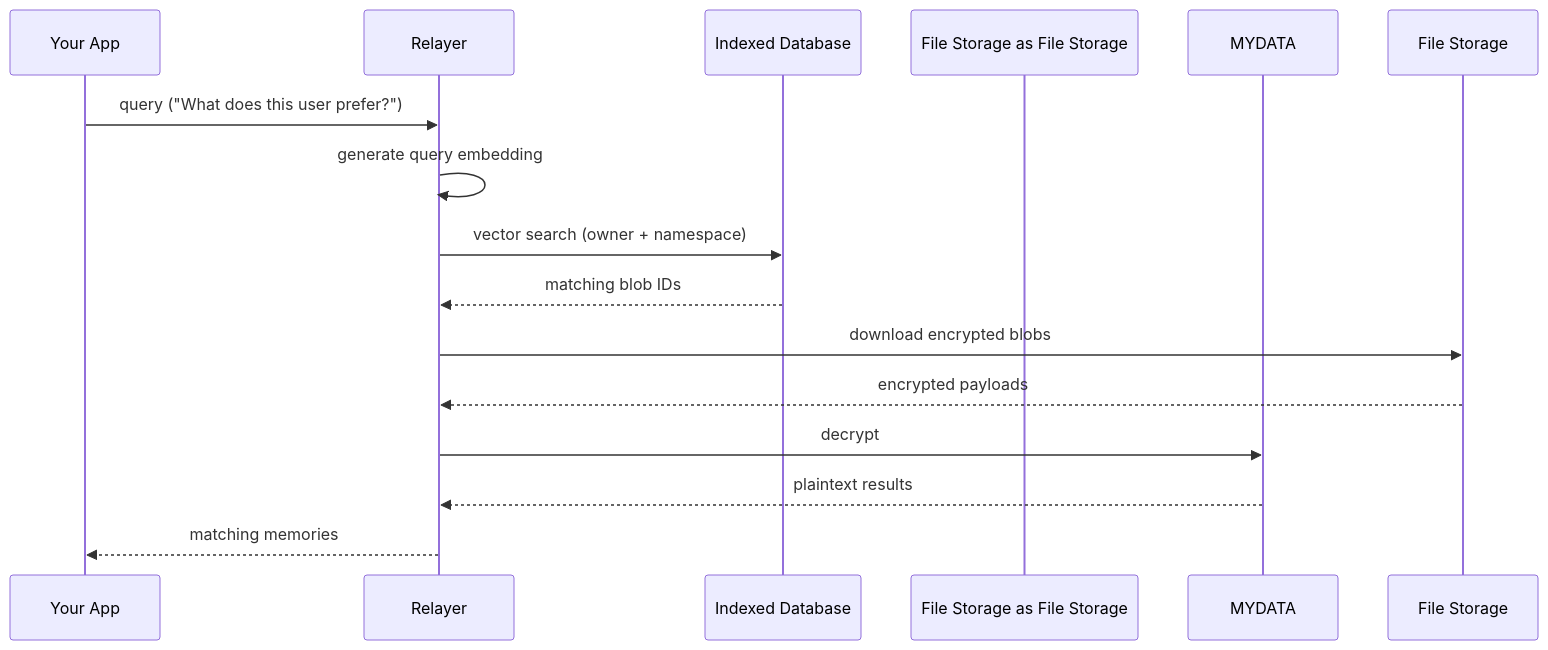
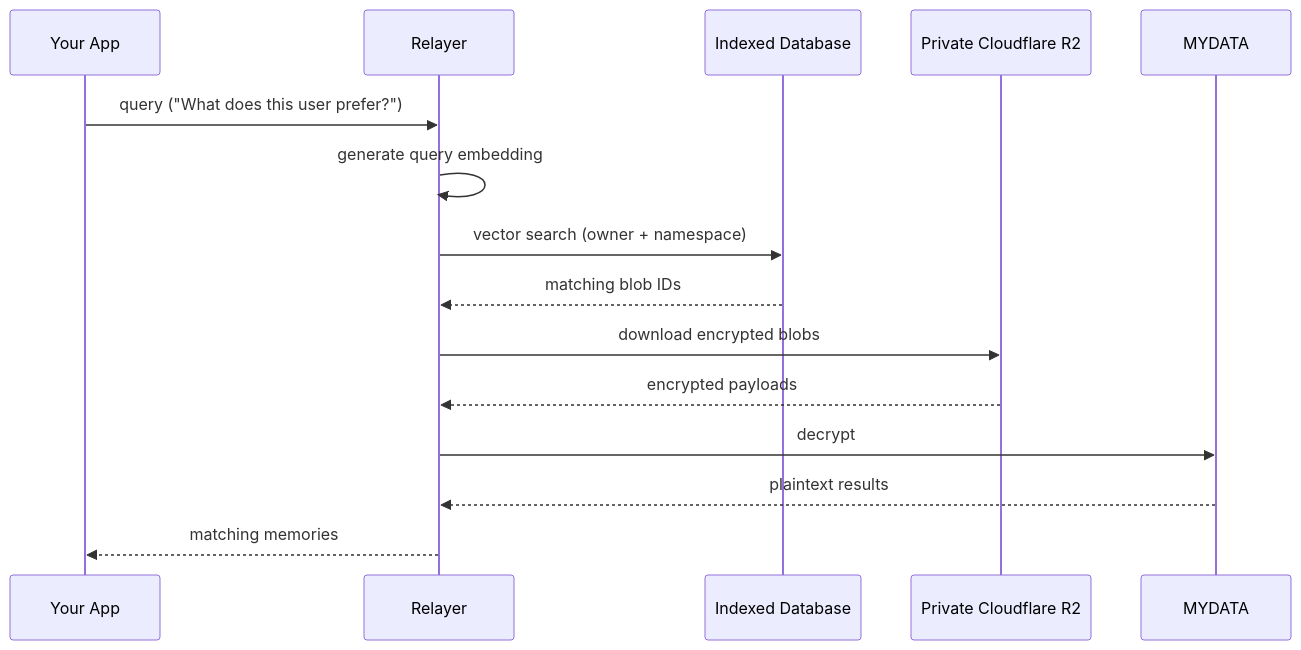
Before and after one commit to The-Social-Proof-Foundation/myso-memory: the second of 3 diagrams in docs/fundamentals/architecture/how-storage-works.md, drawn with Mermaid. The commit also changed other lines of this file and 272 other files, not shown here.

Commit message:
MAJOR upgrade adding the remaining gaps to the mcp server and other needed functions for agents flow

````diff
--- a/docs/fundamentals/architecture/how-storage-works.md
+++ b/docs/fundamentals/architecture/how-storage-works.md
@@ -56,18 +56,18 @@
 ```mermaid
 sequenceDiagram
     participant App as Your App
     participant Relayer as Relayer
     participant DB as Indexed Database
-    participant File Storage as File Storage
+    participant R2 as Private Cloudflare R2
     participant MYDATA as MYDATA
 
     App->>Relayer: query ("What does this user prefer?")
     Relayer->>Relayer: generate query embedding
     Relayer->>DB: vector search (owner + namespace)
     DB-->>Relayer: matching blob IDs
-    Relayer->>File Storage: download encrypted blobs
-    File Storage-->>Relayer: encrypted payloads
+    Relayer->>R2: download encrypted blobs
+    R2-->>Relayer: encrypted payloads
     Relayer->>MYDATA: decrypt
     MYDATA-->>Relayer: plaintext results
     Relayer-->>App: matching memories
 ```
````
